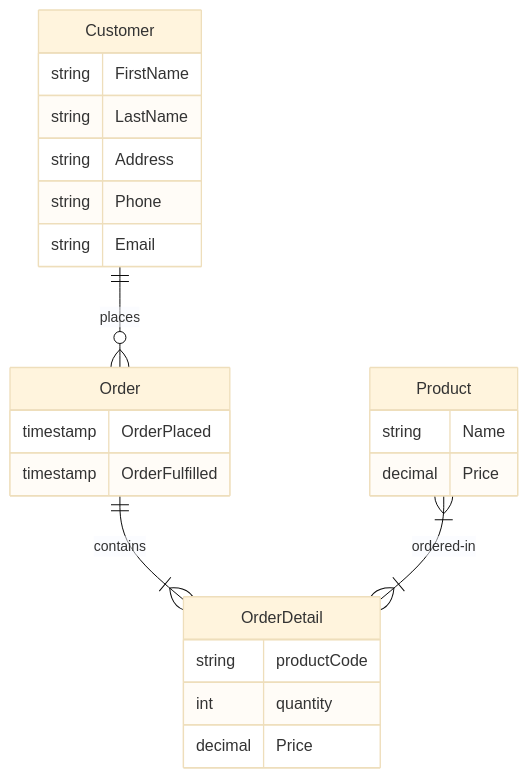
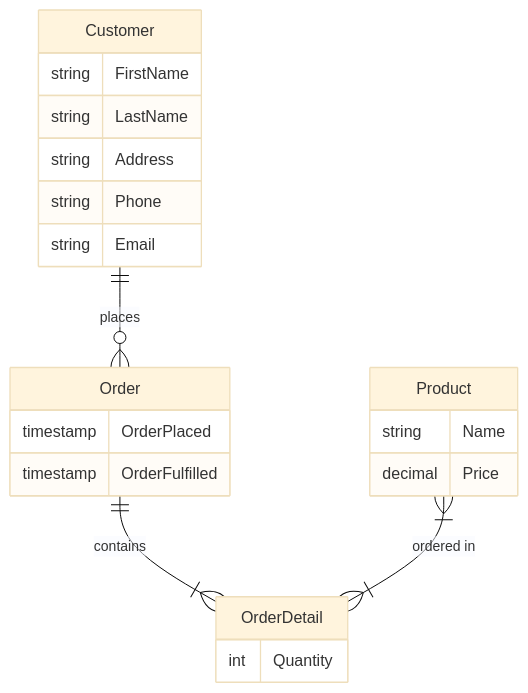
One commit to MicrosoftDocs/ef-core-for-beginners changed the diagram in notes/entity-diagram.md. Above: the diagram before and after it, drawn with Mermaid (base theme).

````diff
--- a/notes/entity-diagram.md
+++ b/notes/entity-diagram.md
@@ -3,26 +3,24 @@
 ```mermaid
 erDiagram
     Customer ||--o{ Order : places
     Order ||--|{ OrderDetail : contains
-    Product }|--|{ OrderDetail : ordered-in
+    Product }|--|{ OrderDetail : "ordered in"
     Customer {
         string FirstName
         string LastName
         string Address
         string Phone
         string Email
     }
     Order {
         timestamp OrderPlaced
         timestamp OrderFulfilled
     }
     OrderDetail {
-        string productCode
-        int quantity
-        decimal Price
+        int Quantity
     }
     Product {
         string Name
         decimal Price
     }
 ```
````
